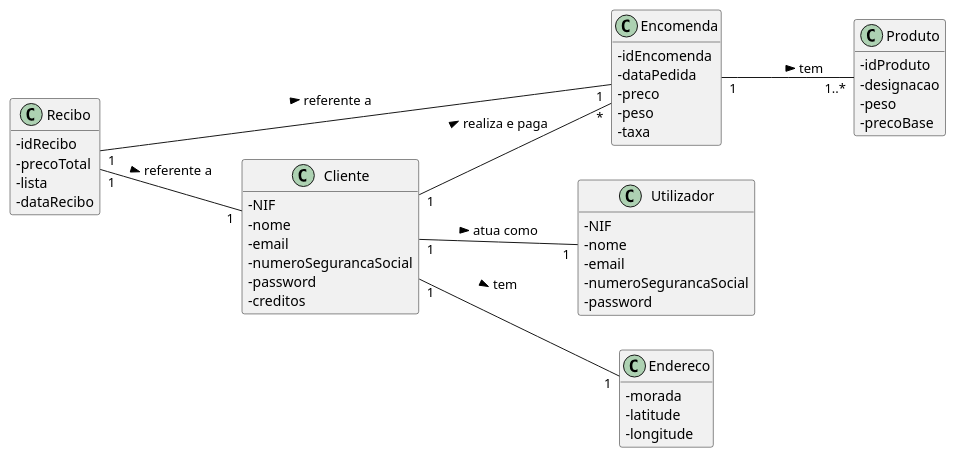
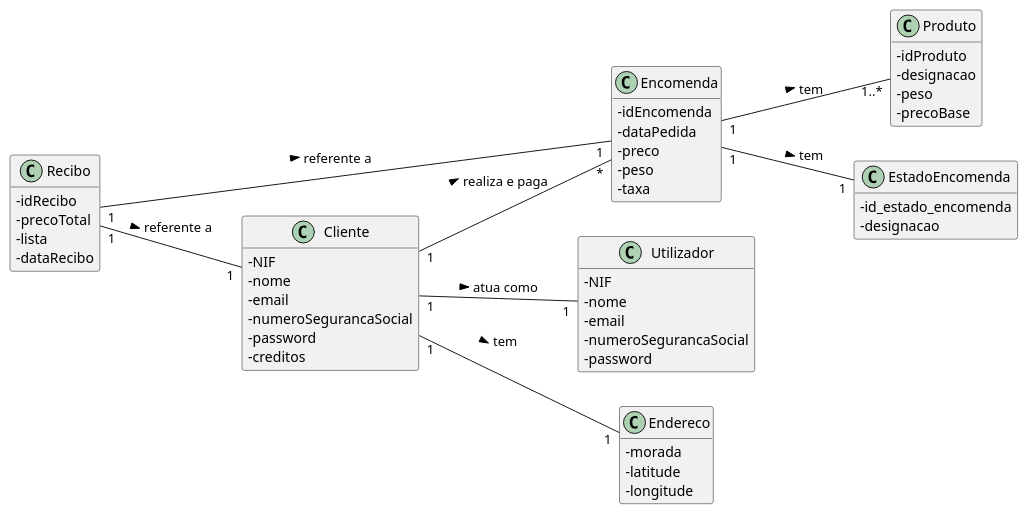
Before and after one commit to pedrolemos4/LAPR3: the diagram in docs/UC25/MD.puml, drawn with PlantUML. The commit also changed 3 other files, not shown here.

```diff
--- a/docs/UC25/MD.puml
+++ b/docs/UC25/MD.puml
@@ -1,60 +1,66 @@
 @startuml
 skinparam classAttributeIconSize 0
 hide methods
 left to right direction
 
 
 class Encomenda {
   -idEncomenda
   -dataPedida
   -preco
   -peso
   -taxa
 }
 
 class Recibo {
   -idRecibo
   -precoTotal
   -lista
   -dataRecibo
 }
 
 class Produto {
   -idProduto
   -designacao
   -peso
   -precoBase
 }
 
 class Utilizador {
   -NIF
   -nome
   -email
   -numeroSegurancaSocial
   -password
 }
 
 class Endereco {
   -morada
   -latitude
   -longitude
 }
 
 class Cliente {
   -NIF
   -nome
   -email
   -numeroSegurancaSocial
   -password
   -creditos
 }
 
+class EstadoEncomenda {
+  -id_estado_encomenda
+  -designacao
+}
 
+
+Encomenda "1" -- "1" EstadoEncomenda : tem >
 Cliente "1" -- "1" Utilizador: atua como >
 Cliente "1" -- "*" Encomenda: realiza e paga >
 Encomenda "1" -- "1..*" Produto: tem >
 Cliente "1" -- "1" Endereco: tem >
 Recibo "1" -- "1" Encomenda: referente a >
 Recibo "1" -- "1" Cliente: referente a >
 
 @enduml
```
